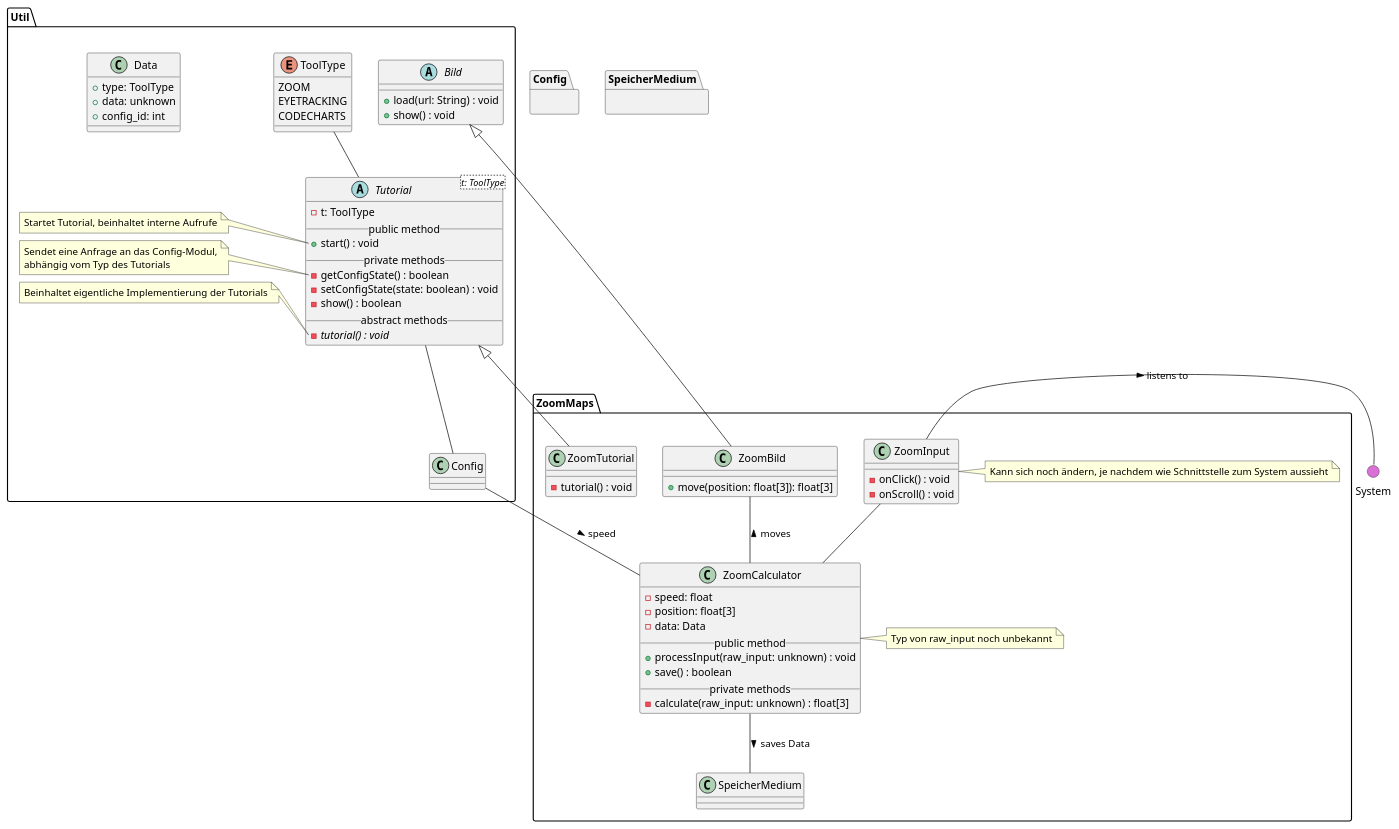
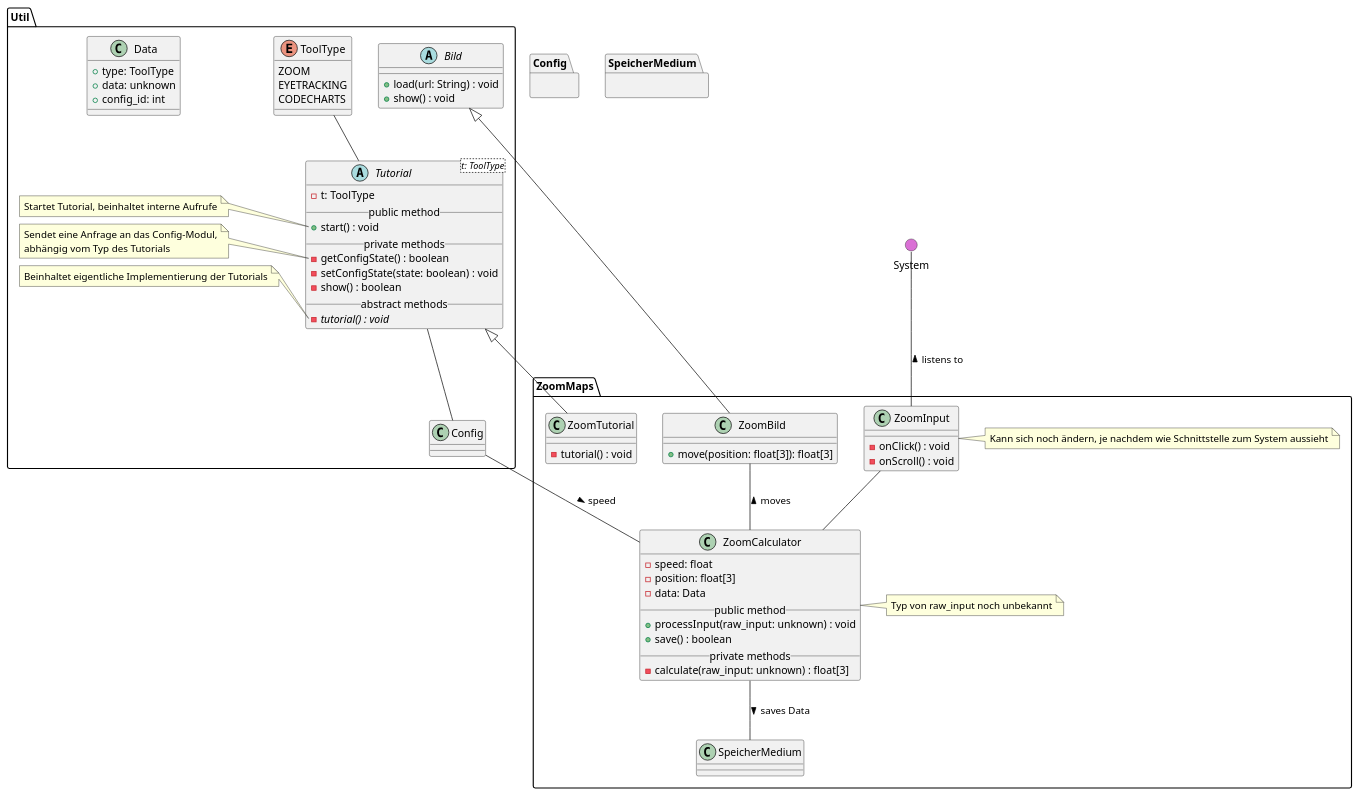
Before and after one commit to weichware10/meilensteine: the diagram in meilenstein_03/uml-zoommaps/kommentiert/zoommaps-notes.puml, drawn with PlantUML. The commit also changed 1 other file, not shown here.

```diff
--- a/meilenstein_03/uml-zoommaps/kommentiert/zoommaps-notes.puml
+++ b/meilenstein_03/uml-zoommaps/kommentiert/zoommaps-notes.puml
@@ -1,121 +1,121 @@
 @startuml zoommaps
 ' skinparam backgroundColor transparent
 () System #DA70D5
 top to bottom direction
 
 package Util {
     ' --- TUTORIAL ---
     abstract Tutorial<t: ToolType> {
       - t: ToolType
       __public method__
       + start() : void
       __private methods__
       - getConfigState() : boolean
       - setConfigState(state: boolean) : void
       - show() : boolean
       __abstract methods__
       - {abstract} tutorial() : void
     }
 
     enum ToolType {
       ZOOM
       EYETRACKING
       CODECHARTS
     }
 
     ' Notes
     note left of Tutorial::start
         Startet Tutorial, beinhaltet interne Aufrufe
     end note
     note left of Tutorial::getConfigState
         Sendet eine Anfrage an das Config-Modul,
         abhängig vom Typ des Tutorials
     end note
     note left of Tutorial::tutorial
         Beinhaltet eigentliche Implementierung der Tutorials
     end note
 
     ' Interaktionen
     Tutorial -u- ToolType
     Tutorial -d- Config
 
 
     ' --- BILD ---
 
     abstract Bild {
       + load(url: String) : void
       + show() : void
     }
 
     class Data {
         + type: ToolType
         + data: unknown
         + config_id: int
     }
 }
 
 
 
 ' === ZOOM MAPS ===
 package ZoomMaps {
 
     ' Zoom Input
     class ZoomInput {
         - onClick() : void
         - onScroll() : void
     }
 
     ' Notiz
     note right of ZoomInput
         Kann sich noch ändern, je nachdem wie Schnittstelle zum System aussieht
     end note
 
     ' Zoom Tutorial
     class ZoomTutorial {
         - tutorial() : void
     }
 
     ' Zoom Calculator
     class ZoomCalculator {
         - speed: float
         - position: float[3]
         - data: Data
         __public method__
         + processInput(raw_input: unknown) : void
         + save() : boolean
         __private methods__
         - calculate(raw_input: unknown) : float[3]
     }
 
     ' Notiz
     note right of ZoomCalculator
         Typ von raw_input noch unbekannt
     end note
 
     ' Zoom Bild
     class ZoomBild {
         + move(position: float[3]): float[3]
     }
 
 
     ' Vererbungen
     Bild <|-- ZoomBild
     Tutorial <|-- ZoomTutorial
 
     ' Interaktionen
     ZoomInput -d- ZoomCalculator
     ZoomCalculator  -u- ZoomBild : > moves
 
     ' Andere Module
     ZoomCalculator -- SpeicherMedium : > saves Data
     ZoomCalculator -l- Config : < speed
-    ZoomInput -r- System : > listens to
+    ZoomInput -u- System : > listens to
 
 }
 
 ' Blackboxen / Andere Module
 package Config {}
 
 package SpeicherMedium {}
 
 @enduml
```
